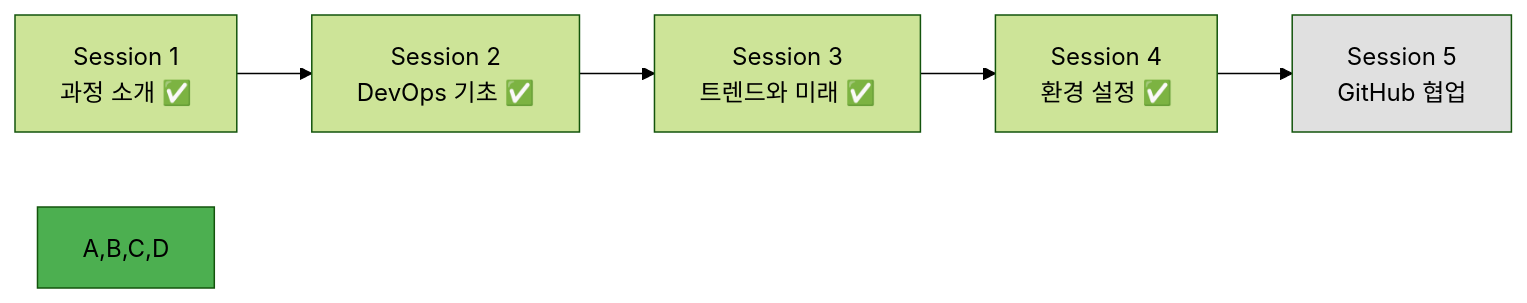
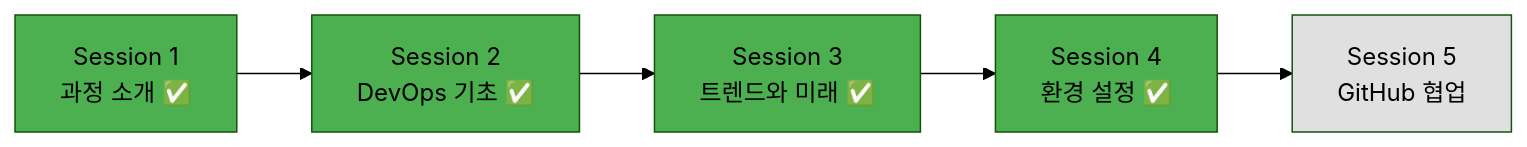
Before and after one commit to niceguy61/kdt_devops_lecture_2025: the diagram in theory/week_01/day1/session_4.md, drawn with Mermaid (forest theme). The commit also changed 7 other files, not shown here.

````diff
--- a/theory/week_01/day1/session_4.md
+++ b/theory/week_01/day1/session_4.md
@@ -288,10 +288,13 @@
 ```mermaid
 graph LR
     A[Session 1<br/>과정 소개 ✅] --> B[Session 2<br/>DevOps 기초 ✅]
     B --> C[Session 3<br/>트렌드와 미래 ✅]
     C --> D[Session 4<br/>환경 설정 ✅]
     D --> E[Session 5<br/>GitHub 협업]
     
-    style A,B,C,D fill:#4caf50
+    style A fill:#4caf50
+    style B fill:#4caf50
+    style C fill:#4caf50
+    style D fill:#4caf50
     style E fill:#e0e0e0
 ```
````
